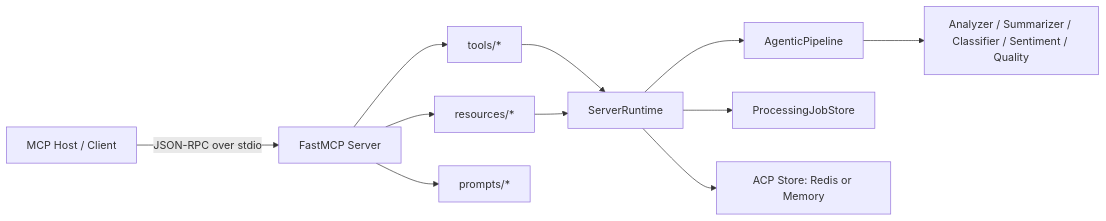
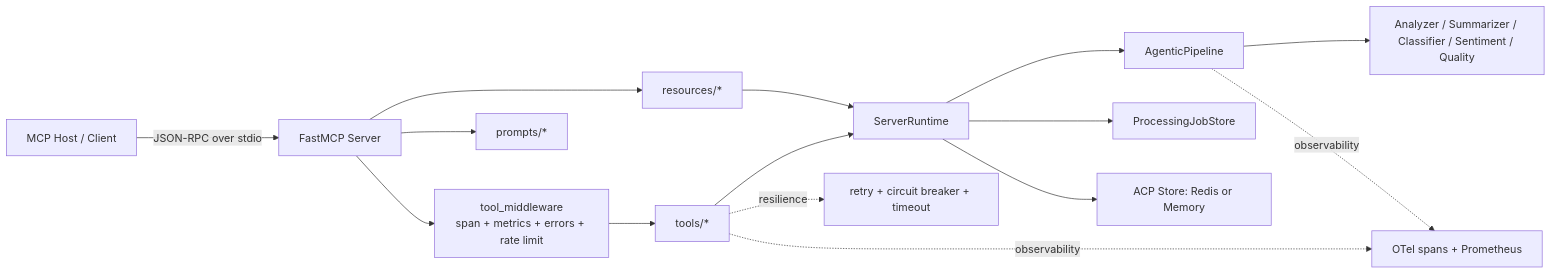
One commit to hoangsonww/AI-Gov-Content-Curator changed the first of 2 diagrams in mcp_server/README.md. Above: the diagram before and after it, drawn with Mermaid. The commit also changed other lines of this file and 7 other files, not shown here.

````diff
--- a/mcp_server/README.md
+++ b/mcp_server/README.md
@@ -42,16 +52,21 @@
 ```mermaid
 flowchart LR
     Client[MCP Host / Client] -->|JSON-RPC over stdio| FastMCP[FastMCP Server]
-    FastMCP --> Tools[tools/*]
+    FastMCP --> MW[tool_middleware<br/>span + metrics + errors + rate limit]
+    MW --> Tools[tools/*]
     FastMCP --> Resources[resources/*]
     FastMCP --> Prompts[prompts/*]
 
     Tools --> Runtime[ServerRuntime]
     Resources --> Runtime
 
     Runtime --> Pipeline[AgenticPipeline]
     Runtime --> JobStore[ProcessingJobStore]
     Runtime --> ACPStore[ACP Store: Redis or Memory]
 
     Pipeline --> Agents[Analyzer / Summarizer / Classifier / Sentiment / Quality]
+
+    Tools -.observability.-> OTel[OTel spans + Prometheus]
+    Pipeline -.observability.-> OTel
+    Tools -.resilience.-> Guard[retry + circuit breaker + timeout]
 ```
````
